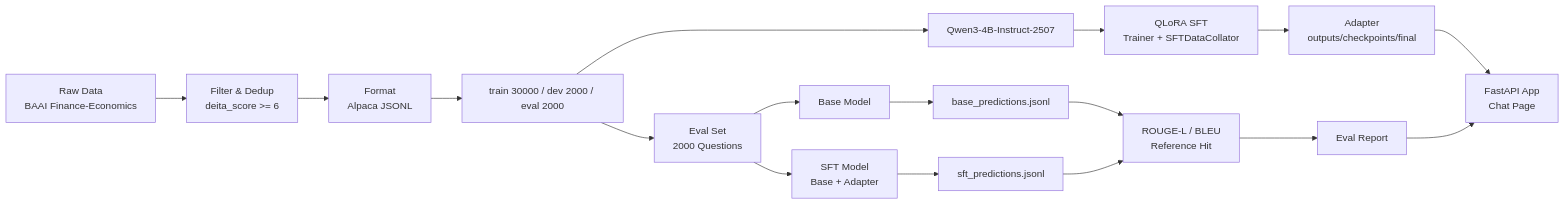
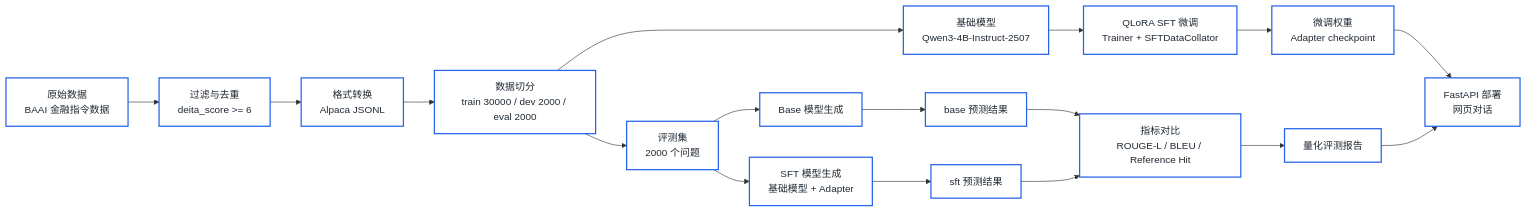
Before and after one commit to Dongshangyu/finance-sft-qwen: the diagram in README.md, drawn with Mermaid.

Commit message:
update flowchart bilingual blue style

````diff
--- a/README.md
+++ b/README.md
@@ -13,22 +13,24 @@
 ```mermaid
 flowchart LR
-  A[Raw Data<br/>BAAI Finance-Economics] --> B[Filter & Dedup<br/>deita_score >= 6]
-  B --> C[Format<br/>Alpaca JSONL]
-  C --> D[train 30000 / dev 2000 / eval 2000]
+  A[原始数据<br/>BAAI 金融指令数据] --> B[过滤与去重<br/>deita_score >= 6]
+  B --> C[格式转换<br/>Alpaca JSONL]
+  C --> D[数据切分<br/>train 30000 / dev 2000 / eval 2000]
 
-  D --> E[Qwen3-4B-Instruct-2507]
-  E --> F[QLoRA SFT<br/>Trainer + SFTDataCollator]
-  F --> G[Adapter<br/>outputs/checkpoints/final]
+  D --> E[基础模型<br/>Qwen3-4B-Instruct-2507]
+  E --> F[QLoRA SFT 微调<br/>Trainer + SFTDataCollator]
+  F --> G[微调权重<br/>Adapter checkpoint]
 
-  D --> H[Eval Set<br/>2000 Questions]
-  H --> I[Base Model]
-  H --> J[SFT Model<br/>Base + Adapter]
-  I --> K[base_predictions.jsonl]
-  J --> L[sft_predictions.jsonl]
-  K --> M[ROUGE-L / BLEU<br/>Reference Hit]
+  D --> H[评测集<br/>2000 个问题]
+  H --> I[Base 模型生成]
+  H --> J[SFT 模型生成<br/>基础模型 + Adapter]
+  I --> K[base 预测结果]
+  J --> L[sft 预测结果]
+  K --> M[指标对比<br/>ROUGE-L / BLEU / Reference Hit]
   L --> M
-  M --> N[Eval Report]
+  M --> N[量化评测报告]
 
-  G --> O[FastAPI App<br/>Chat Page]
+  G --> O[FastAPI 部署<br/>网页对话]
   N --> O
+
+  classDef default fill:#ffffff,stroke:#2563eb,stroke-width:2px,color:#1f2933;
 ```
````
